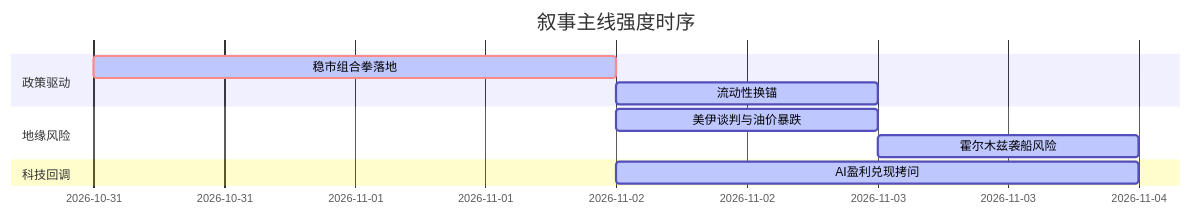
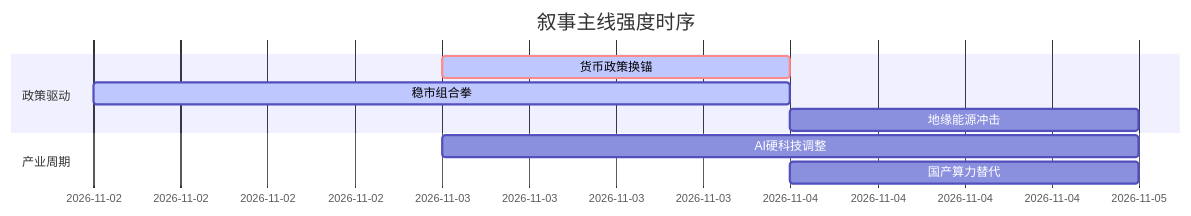
Before and after one commit to uu5zn/uu5zn.github.io: the diagram in 5day_report.md, drawn with Mermaid. The commit also changed other lines of this file and 23 other files, not shown here.

````diff
--- a/5day_report.md
+++ b/5day_report.md
@@ -53,15 +58,13 @@
 ```mermaid
 gantt
     title 叙事主线强度时序
     dateFormat  YYYY-MM-DD
     section 政策驱动
-    稳市组合拳落地   :crit, active, 2026-10-31, 2d
-    流动性换锚       :active, 2026-11-02, 1d
+    货币政策换锚   :crit, active, 2026-11-03, 1d
+    稳市组合拳     :active, 2026-11-02, 2d
+    地缘能源冲击   :2026-11-04, 1d
     
-    section 地缘风险
-    美伊谈判与油价暴跌 :active, 2026-11-02, 1d
-    霍尔木兹袭船风险   :active, 2026-11-03, 1d
-    
-    section 科技回调
-    AI盈利兑现拷问     :active, 2026-11-02, 2d
+    section 产业周期
+    AI硬科技调整  :2026-11-03, 2d
+    国产算力替代  :2026-11-04, 1d
 ```
````
